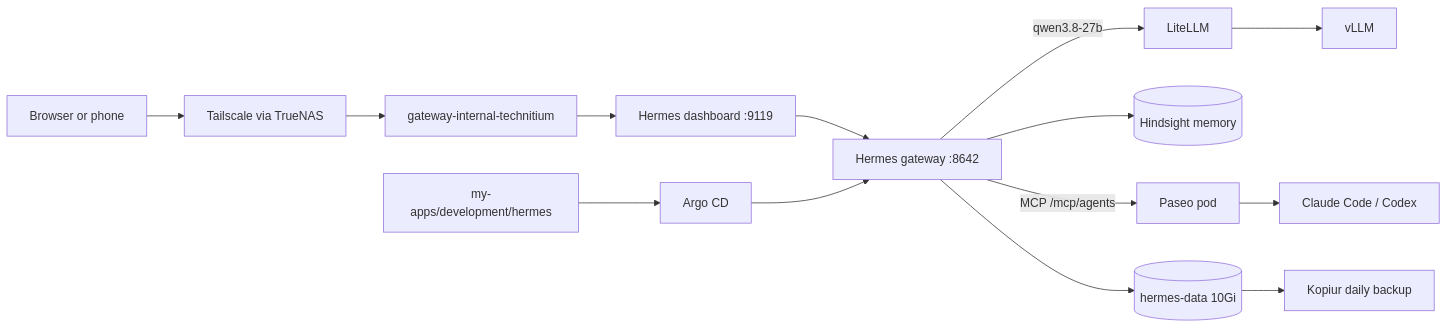
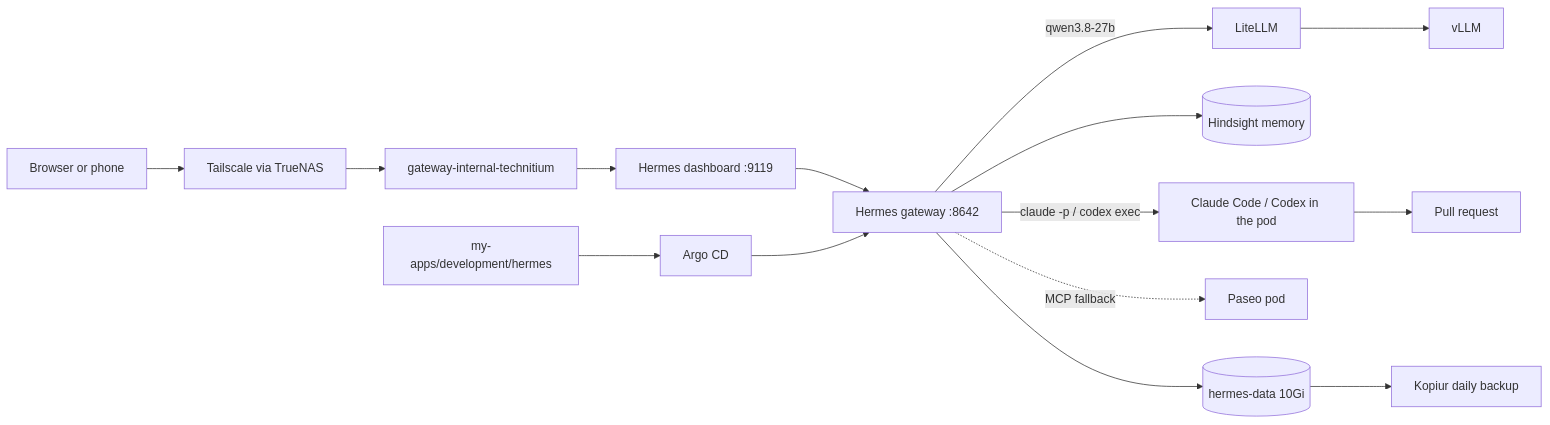
Before and after one commit to mitchross/talos-argocd-proxmox: the diagram in docs/domains/ai-gpu/hermes.md, drawn with Mermaid. The commit also changed other lines of this file and 9 other files, not shown here.

First line of the commit message:
feat(hermes): run Claude Code and Codex in the pod from the hermes-dev image

````diff
--- a/docs/domains/ai-gpu/hermes.md
+++ b/docs/domains/ai-gpu/hermes.md
@@ -12,10 +12,11 @@
 ```mermaid
 flowchart LR
     Client[Browser or phone] --> TS[Tailscale via TrueNAS] --> GW[gateway-internal-technitium] --> Dash[Hermes dashboard :9119]
     Dash --> Gateway[Hermes gateway :8642]
     Gateway -->|qwen3.8-27b| LiteLLM --> vLLM
     Gateway --> Hindsight[(Hindsight memory)]
-    Gateway -->|MCP /mcp/agents| Paseo[Paseo pod] --> Claude[Claude Code / Codex]
+    Gateway -->|claude -p / codex exec| Agents[Claude Code / Codex in the pod] --> GitHub[Pull request]
+    Gateway -.->|MCP fallback| Paseo[Paseo pod]
     Git[my-apps/development/hermes] --> Argo[Argo CD] --> Gateway
     Gateway --> Vol[(hermes-data 10Gi)] --> Kopiur[Kopiur daily backup]
 ```
````
